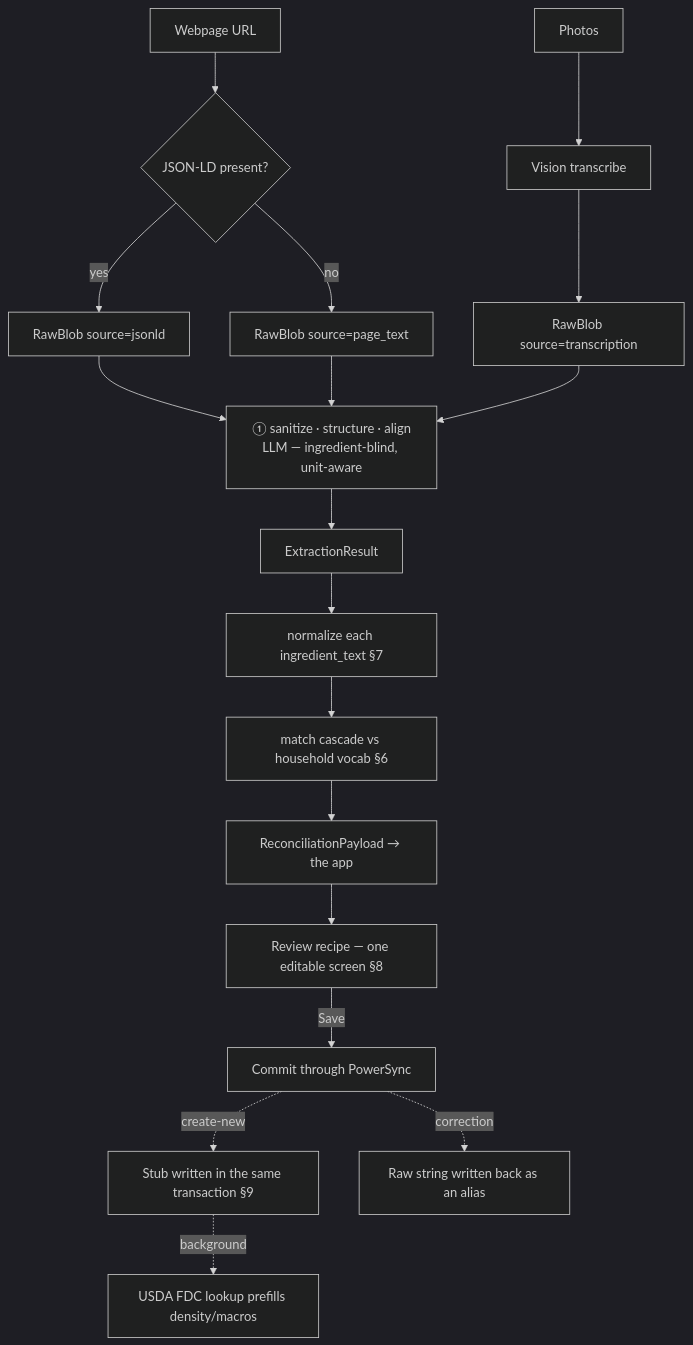
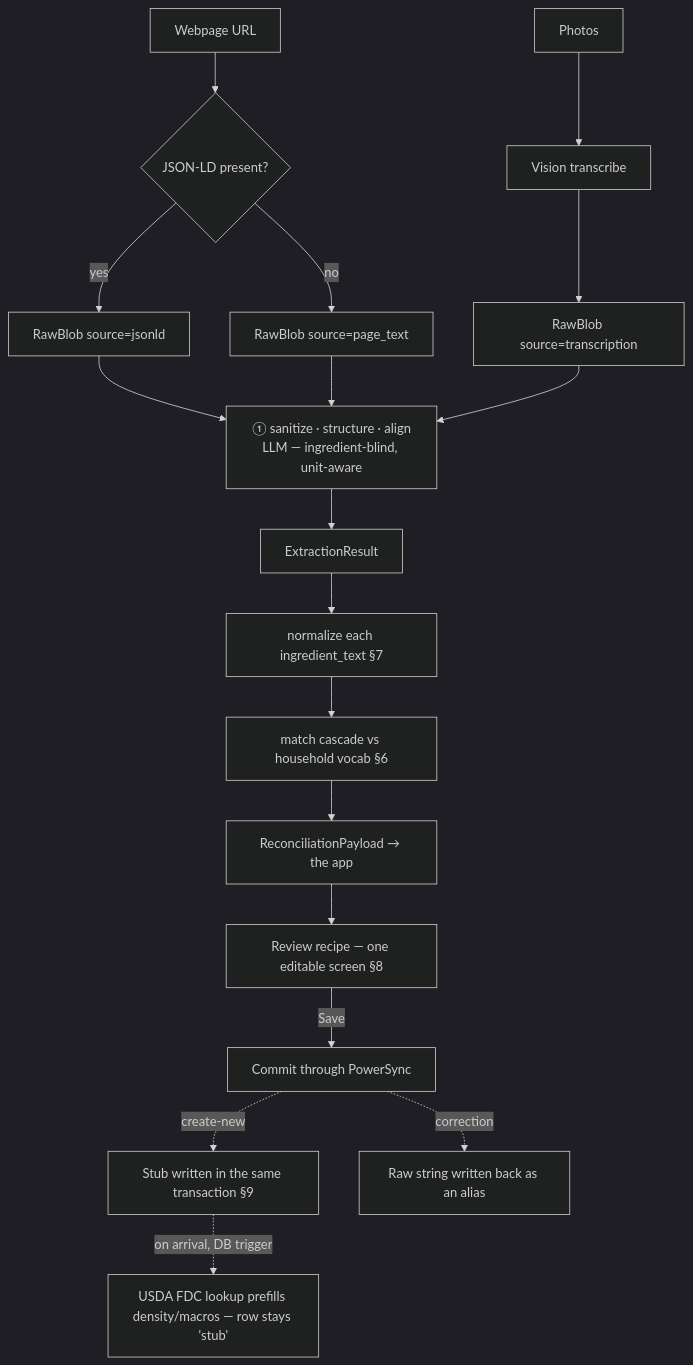
One commit to SimonBoothroyd/ansi changed the diagram in docs/product-specs/import-and-matching.md. Above: the diagram before and after it, drawn with Mermaid (dark theme). The commit also changed other lines of this file and 3 other files, not shown here.

````diff
--- a/docs/product-specs/import-and-matching.md
+++ b/docs/product-specs/import-and-matching.md
@@ -72,19 +72,19 @@
 ```mermaid
 flowchart TD
     A1[Webpage URL] --> B1{JSON-LD present?}
     B1 -->|yes| C[RawBlob source=jsonld]
     B1 -->|no| C2[RawBlob source=page_text]
     A2[Photos] --> B3[Vision transcribe] --> C3[RawBlob source=transcription]
     C --> D
     C2 --> D
     C3 --> D
     D["① sanitize · structure · align<br/>LLM — ingredient-blind, unit-aware"] --> E[ExtractionResult]
     E --> F[normalize each ingredient_text §7]
     F --> G[match cascade vs household vocab §6]
     G --> H[ReconciliationPayload → the app]
     H --> I["Review recipe — one editable screen §8"]
     I -->|Save| J[Commit through PowerSync]
     J -.create-new.-> K[Stub written in the same transaction §9]
     J -.correction.-> L[Raw string written back as an alias]
-    K -.background.-> M[USDA FDC lookup prefills density/macros]
+    K -.on arrival, DB trigger.-> M[USDA FDC lookup prefills density/macros — row stays 'stub']
 ```
````
